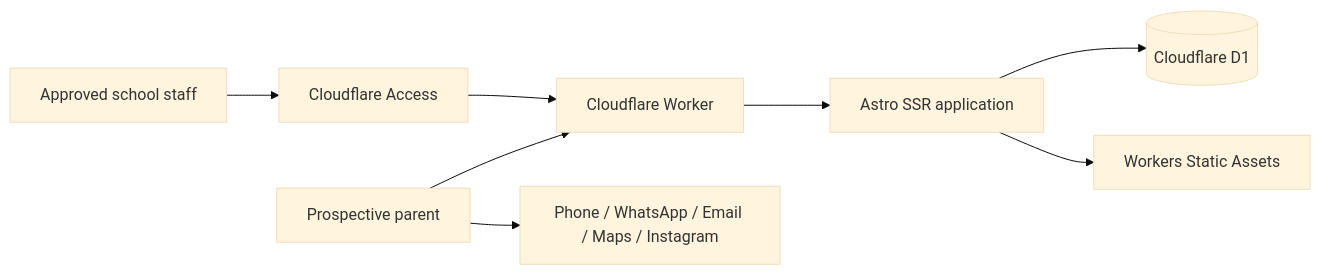
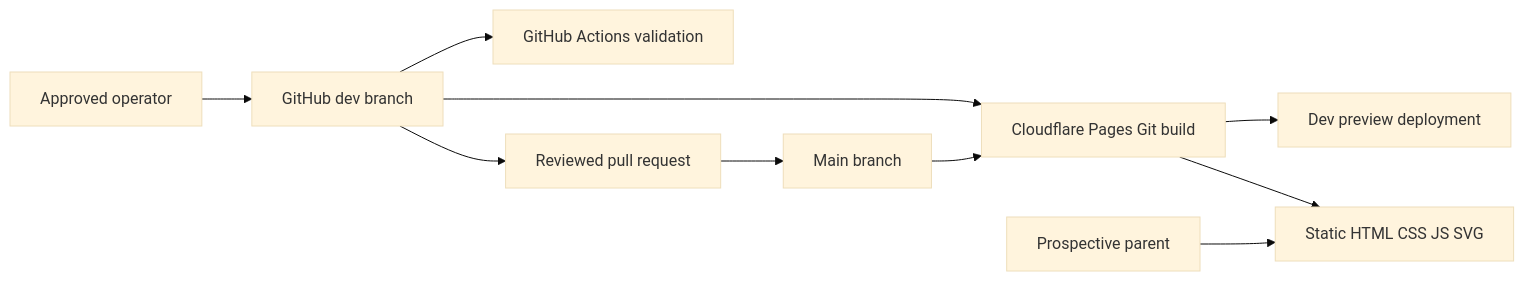
The first of 2 diagrams in docs/09-high-level-design.md (firststepmontessori/firststepmontessori), drawn with Mermaid (base theme) before and after one commit. The commit also changed other lines of this file and 32 other files, not shown here.

Commit message:
docs(phase-4): document and validate static Pages architecture

````diff
--- a/docs/09-high-level-design.md
+++ b/docs/09-high-level-design.md
@@ -10,10 +10,12 @@
 ```mermaid
 flowchart LR
-    Parent[Prospective parent] --> Worker[Cloudflare Worker]
-    Staff[Approved school staff] --> Access[Cloudflare Access]
-    Access --> Worker
-    Worker --> Astro[Astro SSR application]
-    Astro --> D1[(Cloudflare D1)]
-    Astro --> Assets[Workers Static Assets]
-    Parent --> External[Phone / WhatsApp / Email / Maps / Instagram]
+    Operator[Approved operator] --> GitHub[GitHub dev branch]
+    GitHub --> Checks[GitHub Actions validation]
+    GitHub --> PagesBuild[Cloudflare Pages Git build]
+    PagesBuild --> Preview[Dev preview deployment]
+    GitHub --> PR[Reviewed pull request]
+    PR --> Main[Main branch]
+    Main --> PagesBuild
+    PagesBuild --> Static[Static HTML CSS JS SVG]
+    Parent[Prospective parent] --> Static
 ```
````
